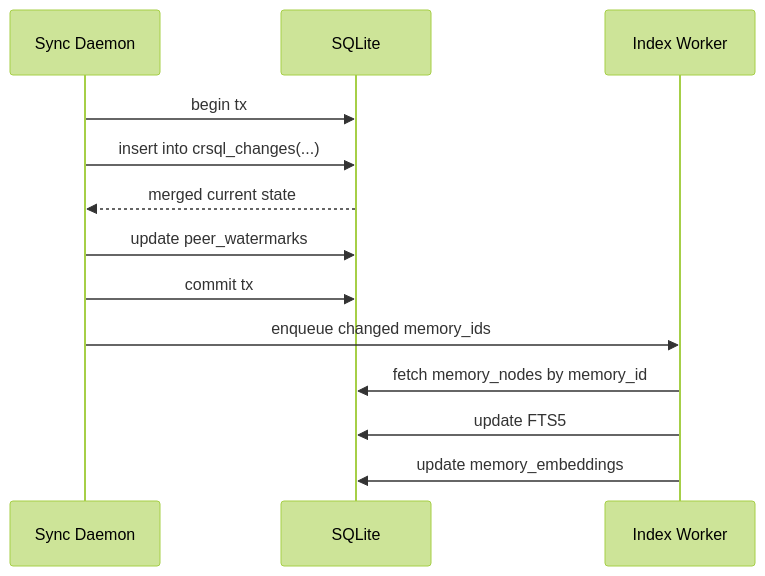
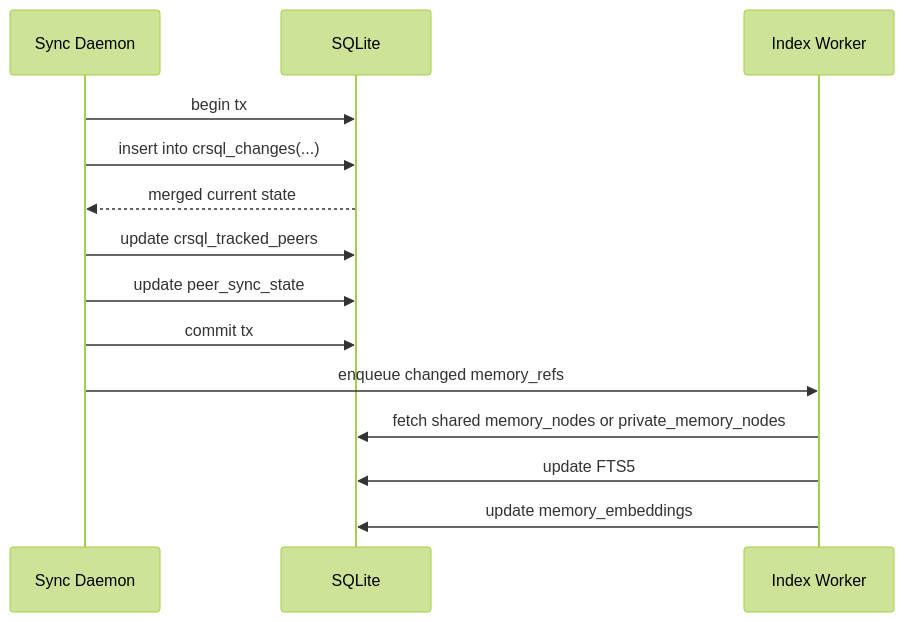
The fourth of 8 diagrams in docs/architecture/workflows.md (Taku315o/crdt-agent-memory), drawn with Mermaid (forest theme) before and after one commit. The commit also changed other lines of this file and 10 other files, not shown here.

````diff
--- a/docs/architecture/workflows.md
+++ b/docs/architecture/workflows.md
@@ -107,16 +151,17 @@
 ```mermaid
 sequenceDiagram
     participant Sync as Sync Daemon
     participant DB as SQLite
     participant IDX as Index Worker
 
     Sync->>DB: begin tx
     Sync->>DB: insert into crsql_changes(...)
     DB-->>Sync: merged current state
-    Sync->>DB: update peer_watermarks
+    Sync->>DB: update crsql_tracked_peers
+    Sync->>DB: update peer_sync_state
     Sync->>DB: commit tx
-    Sync->>IDX: enqueue changed memory_ids
-    IDX->>DB: fetch memory_nodes by memory_id
+    Sync->>IDX: enqueue changed memory_refs
+    IDX->>DB: fetch shared memory_nodes or private_memory_nodes
     IDX->>DB: update FTS5
     IDX->>DB: update memory_embeddings
 ```
````
